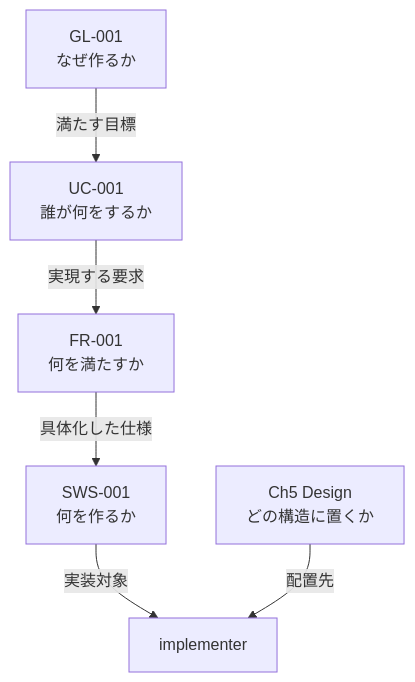
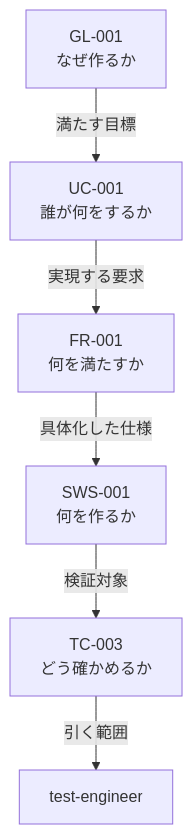
Before and after one commit to GoodRelax/gr-sw-maker: the diagram in maintenance/2026-08-10/03-mode-matrix.md, drawn with Mermaid. The commit also changed other lines of this file and 2 other files, not shown here.

````diff
--- a/maintenance/2026-08-10/03-mode-matrix.md
+++ b/maintenance/2026-08-10/03-mode-matrix.md
@@ -54,8 +70,8 @@
 ```mermaid
 flowchart TD
     GL["GL-001<br/>なぜ作るか"] -->|"満たす目標"| UC["UC-001<br/>誰が何をするか"]
     UC -->|"実現する要求"| FR["FR-001<br/>何を満たすか"]
     FR -->|"具体化した仕様"| SWS["SWS-001<br/>何を作るか"]
-    SWS -->|"実装対象"| IMPL["implementer"]
-    DESIGN["Ch5 Design<br/>どの構造に置くか"] -->|"配置先"| IMPL
+    SWS -->|"検証対象"| TC["TC-003<br/>どう確かめるか"]
+    TC -->|"引く範囲"| TE["test-engineer"]
 ```
````
